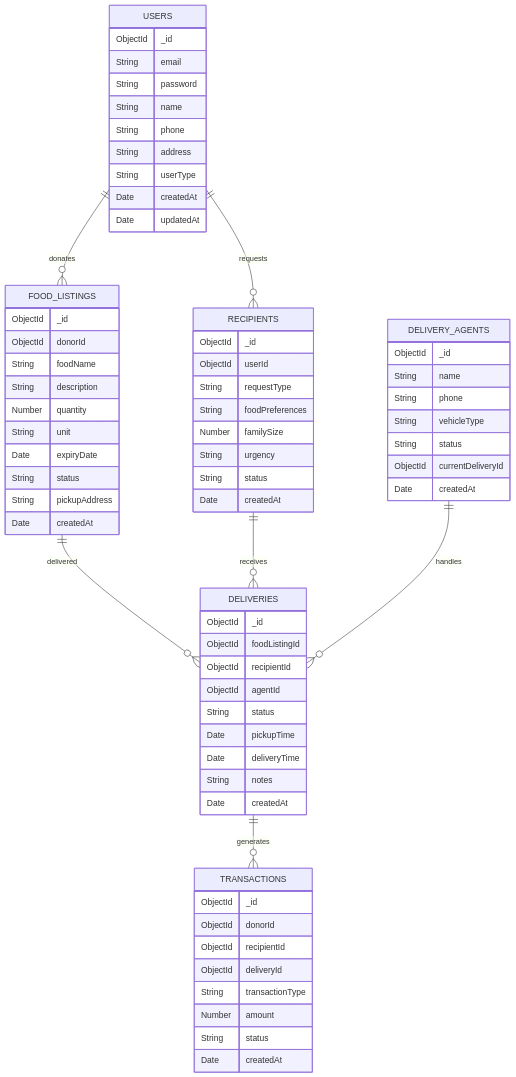
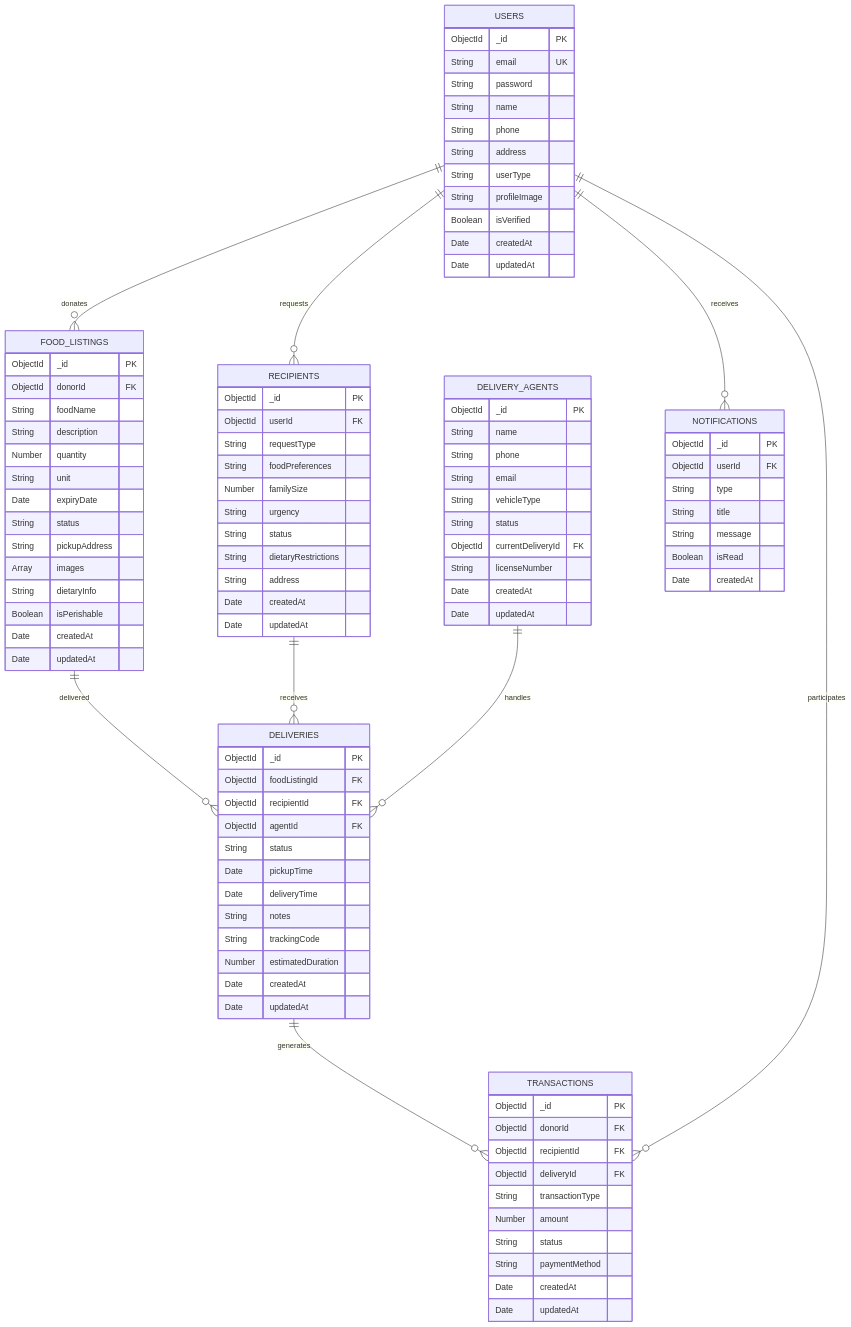
Before and after one commit to vvinayakkk/VESIT: the fifth of 8 diagrams in README.md, drawn with Mermaid. The commit also changed other lines of this file, not shown here.

````diff
--- a/README.md
+++ b/README.md
@@ -192,20 +285,22 @@
 ```mermaid
 erDiagram
     USERS {
-        ObjectId _id
-        String email
+        ObjectId _id PK
+        String email UK
         String password
         String name
         String phone
         String address
         String userType
+        String profileImage
+        Boolean isVerified
         Date createdAt
         Date updatedAt
     }
     
     FOOD_LISTINGS {
-        ObjectId _id
-        ObjectId donorId
+        ObjectId _id PK
+        ObjectId donorId FK
         String foodName
         String description
         Number quantity
@@ -213,57 +308,84 @@
         Date expiryDate
         String status
         String pickupAddress
+        Array images
+        String dietaryInfo
+        Boolean isPerishable
         Date createdAt
+        Date updatedAt
     }
     
     RECIPIENTS {
-        ObjectId _id
-        ObjectId userId
+        ObjectId _id PK
+        ObjectId userId FK
         String requestType
         String foodPreferences
         Number familySize
         String urgency
         String status
+        String dietaryRestrictions
+        String address
         Date createdAt
+        Date updatedAt
     }
     
     DELIVERIES {
-        ObjectId _id
-        ObjectId foodListingId
-        ObjectId recipientId
-        ObjectId agentId
+        ObjectId _id PK
+        ObjectId foodListingId FK
+        ObjectId recipientId FK
+        ObjectId agentId FK
         String status
         Date pickupTime
         Date deliveryTime
         String notes
+        String trackingCode
+        Number estimatedDuration
         Date createdAt
+        Date updatedAt
     }
     
     DELIVERY_AGENTS {
-        ObjectId _id
+        ObjectId _id PK
         String name
         String phone
+        String email
         String vehicleType
         String status
-        ObjectId currentDeliveryId
+        ObjectId currentDeliveryId FK
+        String licenseNumber
         Date createdAt
+        Date updatedAt
     }
     
     TRANSACTIONS {
-        ObjectId _id
-        ObjectId donorId
-        ObjectId recipientId
-        ObjectId deliveryId
+        ObjectId _id PK
+        ObjectId donorId FK
+        ObjectId recipientId FK
+        ObjectId deliveryId FK
         String transactionType
         Number amount
         String status
+        String paymentMethod
+        Date createdAt
+        Date updatedAt
+    }
+    
+    NOTIFICATIONS {
+        ObjectId _id PK
+        ObjectId userId FK
+        String type
+        String title
+        String message
+        Boolean isRead
         Date createdAt
     }
     
     USERS ||--o{ FOOD_LISTINGS : "donates"
     USERS ||--o{ RECIPIENTS : "requests"
+    USERS ||--o{ NOTIFICATIONS : "receives"
     FOOD_LISTINGS ||--o{ DELIVERIES : "delivered"
     RECIPIENTS ||--o{ DELIVERIES : "receives"
     DELIVERY_AGENTS ||--o{ DELIVERIES : "handles"
     DELIVERIES ||--o{ TRANSACTIONS : "generates"
+    USERS ||--o{ TRANSACTIONS : "participates"
 ```
````
